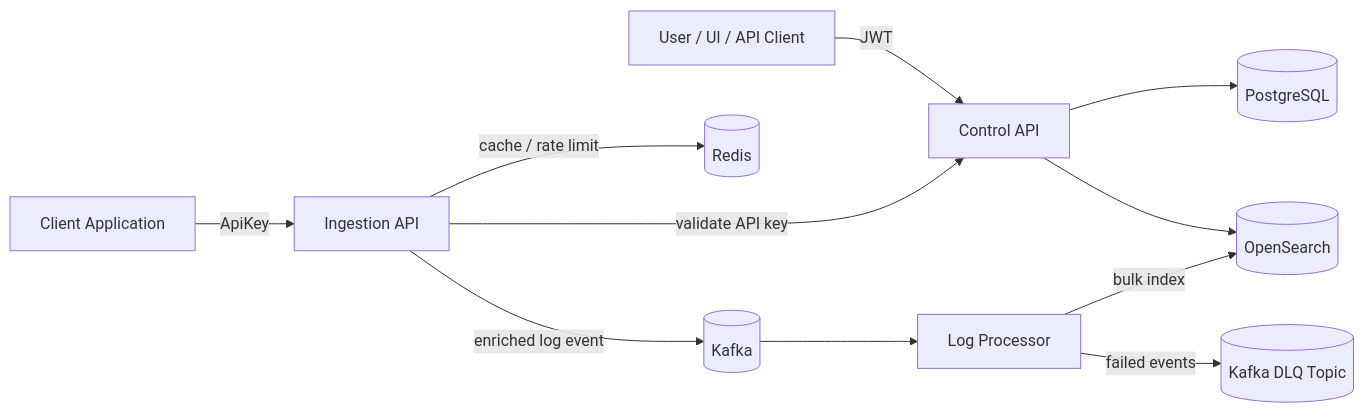
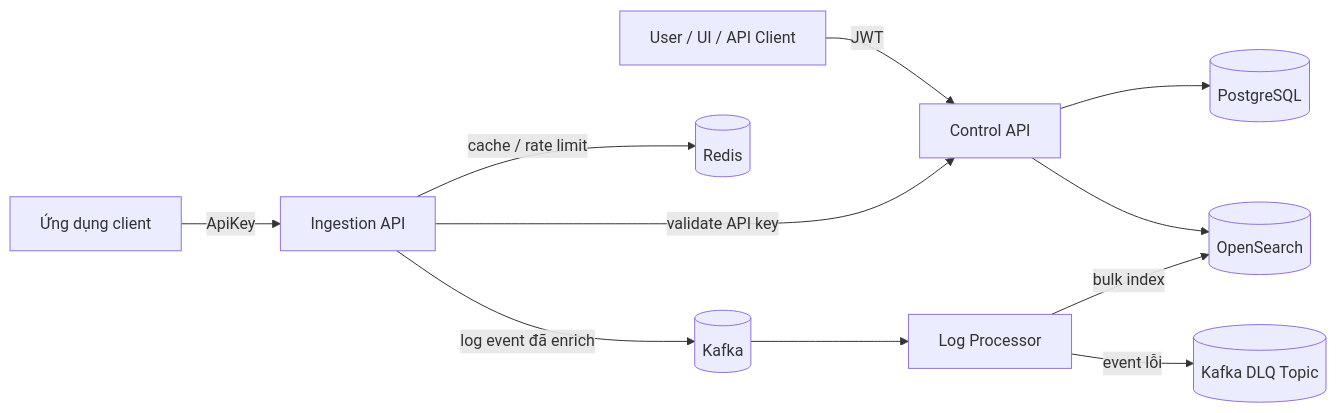
Before and after one commit to T-Hank2712/TraceFlow: the diagram in README.md, drawn with Mermaid. The commit also changed other lines of this file, not shown here.

````diff
--- a/README.md
+++ b/README.md
@@ -74,14 +74,14 @@
 ```mermaid
 flowchart LR
     User[User / UI / API Client] -->|JWT| ControlAPI[Control API]
     ControlAPI --> Postgres[(PostgreSQL)]
     ControlAPI --> OpenSearch[(OpenSearch)]
 
-    Client[Client Application] -->|ApiKey| IngestionAPI[Ingestion API]
+    Client[Ứng dụng client] -->|ApiKey| IngestionAPI[Ingestion API]
     IngestionAPI -->|validate API key| ControlAPI
     IngestionAPI -->|cache / rate limit| Redis[(Redis)]
-    IngestionAPI -->|enriched log event| Kafka[(Kafka)]
+    IngestionAPI -->|log event đã enrich| Kafka[(Kafka)]
     Kafka --> Processor[Log Processor]
     Processor -->|bulk index| OpenSearch
-    Processor -->|failed events| DLQ[(Kafka DLQ Topic)]
+    Processor -->|event lỗi| DLQ[(Kafka DLQ Topic)]
 ```
````
